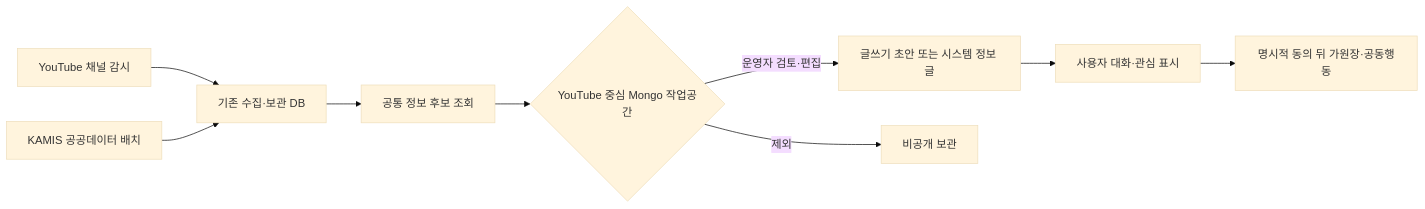
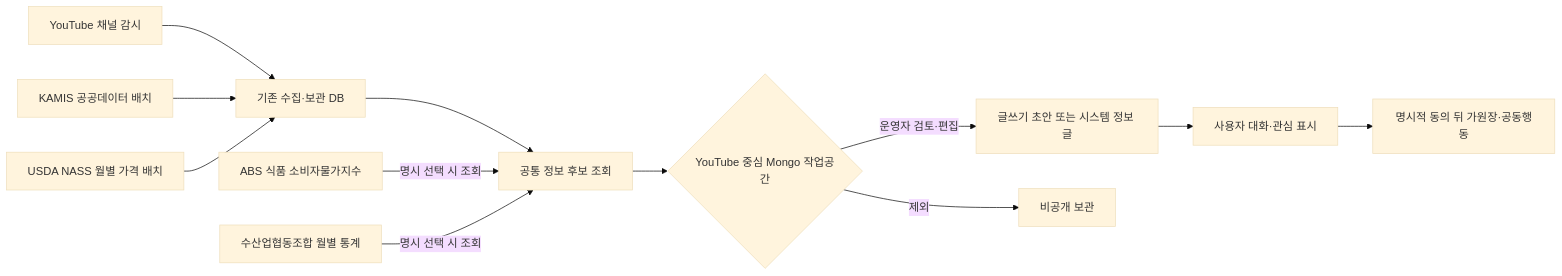
Before and after one commit to cheolwo/hongdal: the first of 2 diagrams in docs/Architecture/CommunityInformationCollection.md, drawn with Mermaid (base theme). The commit also changed other lines of this file and 26 other files, not shown here.

````diff
--- a/docs/Architecture/CommunityInformationCollection.md
+++ b/docs/Architecture/CommunityInformationCollection.md
@@ -7,11 +7,14 @@
 ```mermaid
 flowchart LR
     A["YouTube 채널 감시"] --> C["기존 수집·보관 DB"]
     B["KAMIS 공공데이터 배치"] --> C
+    B1["USDA NASS 월별 가격 배치"] --> C
     C --> D["공통 정보 후보 조회"]
+    B3["ABS 식품 소비자물가지수"] -->|명시 선택 시 조회| D
+    B2["수산업협동조합 월별 통계"] -->|명시 선택 시 조회| D
     D --> E{"YouTube 중심 Mongo 작업공간"}
     E -->|운영자 검토·편집| F["글쓰기 초안 또는 시스템 정보 글"]
     E -->|제외| G["비공개 보관"]
     F --> H["사용자 대화·관심 표시"]
     H --> I["명시적 동의 뒤 가원장·공동행동"]
 ```
````
